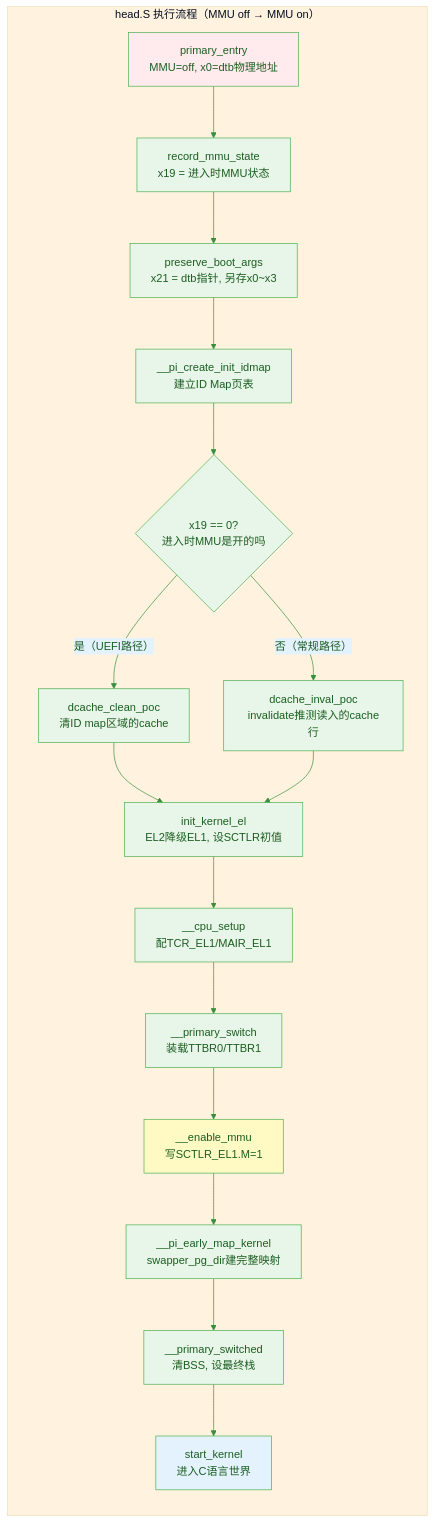
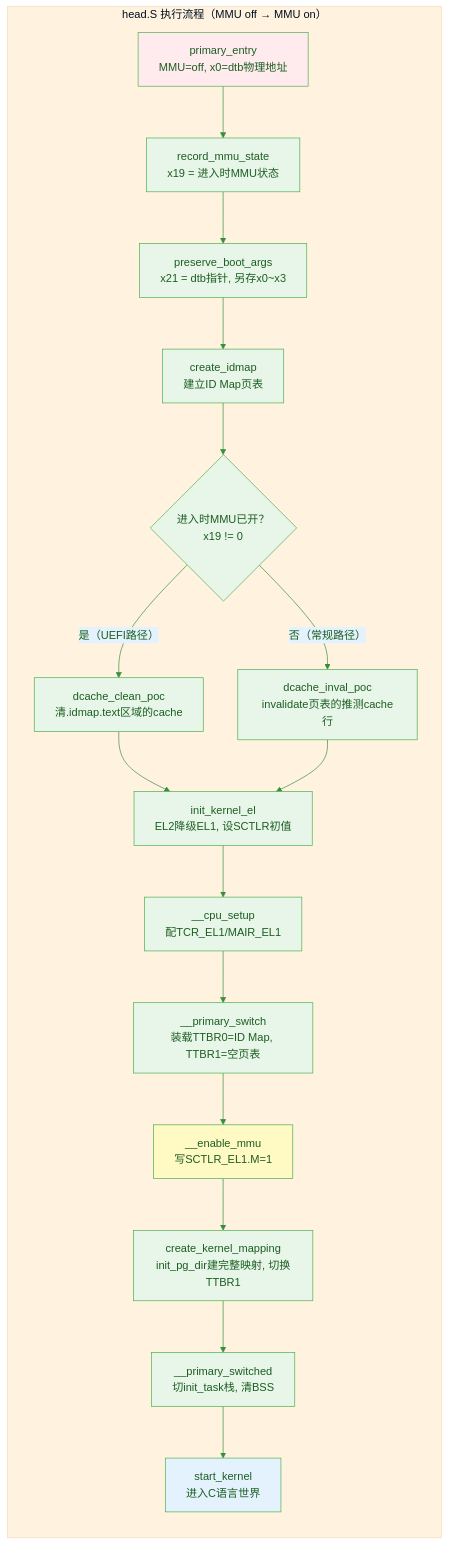
The diagram in docs/02-核心机制深度解析/第7章 启动链深度解析/7.5.1_head.S_内核的汇编入口与MMU开启.md (xiaohong0925/Embedded_Knowledge_System_V2026), drawn with Mermaid before and after one commit. The commit also changed other lines of this file and 49 other files, not shown here.

````diff
--- a/docs/02-核心机制深度解析/第7章 启动链深度解析/7.5.1_head.S_内核的汇编入口与MMU开启.md
+++ b/docs/02-核心机制深度解析/第7章 启动链深度解析/7.5.1_head.S_内核的汇编入口与MMU开启.md
@@ -130,26 +137,26 @@
 ```mermaid
 %%{init: {'theme': 'base', 'themeVariables': { 'primaryColor': '#e8f5e9', 'primaryTextColor': '#1b5e20', 'primaryBorderColor': '#4caf50', 'lineColor': '#388e3c', 'secondaryColor': '#e3f2fd', 'tertiaryColor': '#fff3e0'}}}%%
 graph TD
     subgraph "head.S 执行流程（MMU off → MMU on）"
         direction TB
         A["primary_entry<br/>MMU=off, x0=dtb物理地址"] --> B["record_mmu_state<br/>x19 = 进入时MMU状态"]
         B --> C["preserve_boot_args<br/>x21 = dtb指针, 另存x0~x3"]
-        C --> D["__pi_create_init_idmap<br/>建立ID Map页表"]
-        D --> E{"x19 == 0?<br/>进入时MMU是开的吗"}
-        E -->|"是（UEFI路径）"| F["dcache_clean_poc<br/>清ID map区域的cache"]
-        E -->|"否（常规路径）"| G["dcache_inval_poc<br/>invalidate推测读入的cache行"]
+        C --> D["create_idmap<br/>建立ID Map页表"]
+        D --> E{"进入时MMU已开？<br/>x19 != 0"}
+        E -->|"是（UEFI路径）"| F["dcache_clean_poc<br/>清.idmap.text区域的cache"]
+        E -->|"否（常规路径）"| G["dcache_inval_poc<br/>invalidate页表的推测cache行"]
         F --> H["init_kernel_el<br/>EL2降级EL1, 设SCTLR初值"]
         G --> H
         H --> I["__cpu_setup<br/>配TCR_EL1/MAIR_EL1"]
-        I --> J["__primary_switch<br/>装载TTBR0/TTBR1"]
+        I --> J["__primary_switch<br/>装载TTBR0=ID Map, TTBR1=空页表"]
         J --> K["__enable_mmu<br/>写SCTLR_EL1.M=1"]
-        K --> L["__pi_early_map_kernel<br/>swapper_pg_dir建完整映射"]
-        L --> M["__primary_switched<br/>清BSS, 设最终栈"]
+        K --> L["create_kernel_mapping<br/>init_pg_dir建完整映射, 切换TTBR1"]
+        L --> M["__primary_switched<br/>切init_task栈, 清BSS"]
         M --> N["start_kernel<br/>进入C语言世界"]
     end
 
     style A fill:#ffebee
     style K fill:#fff9c4
     style M fill:#e8f5e9
     style N fill:#e3f2fd
 ```
````
